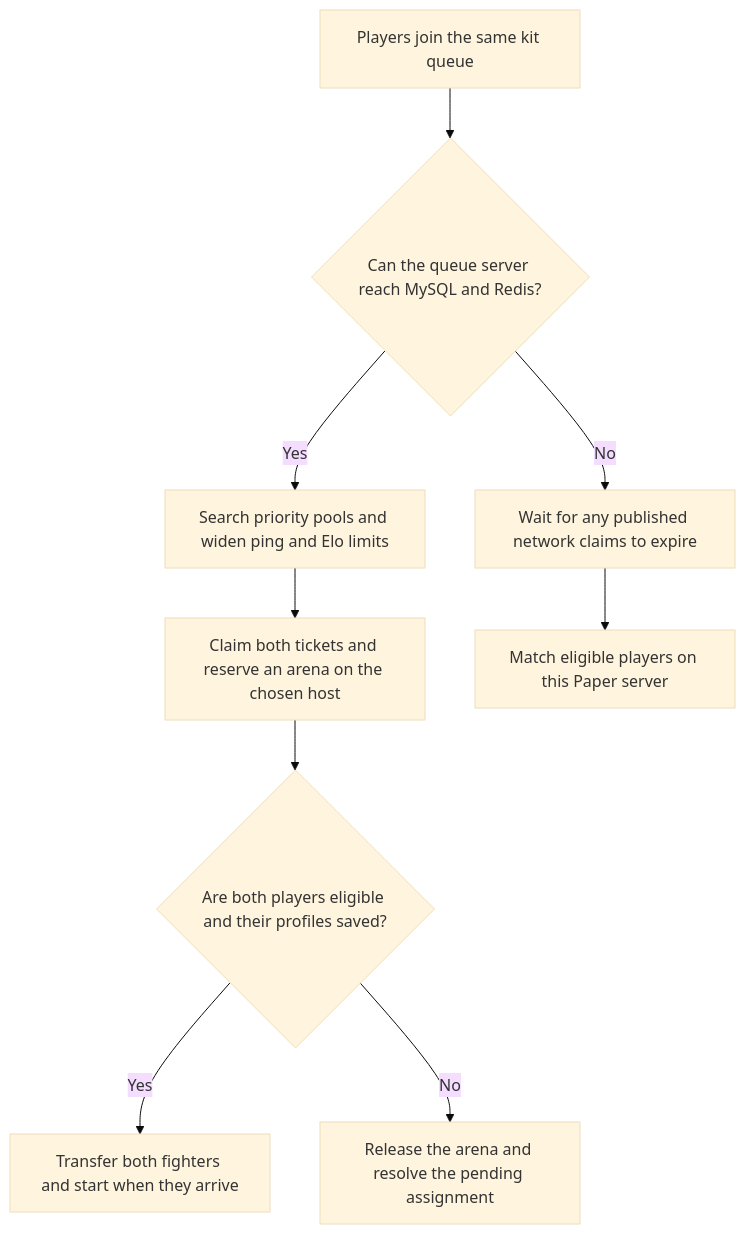
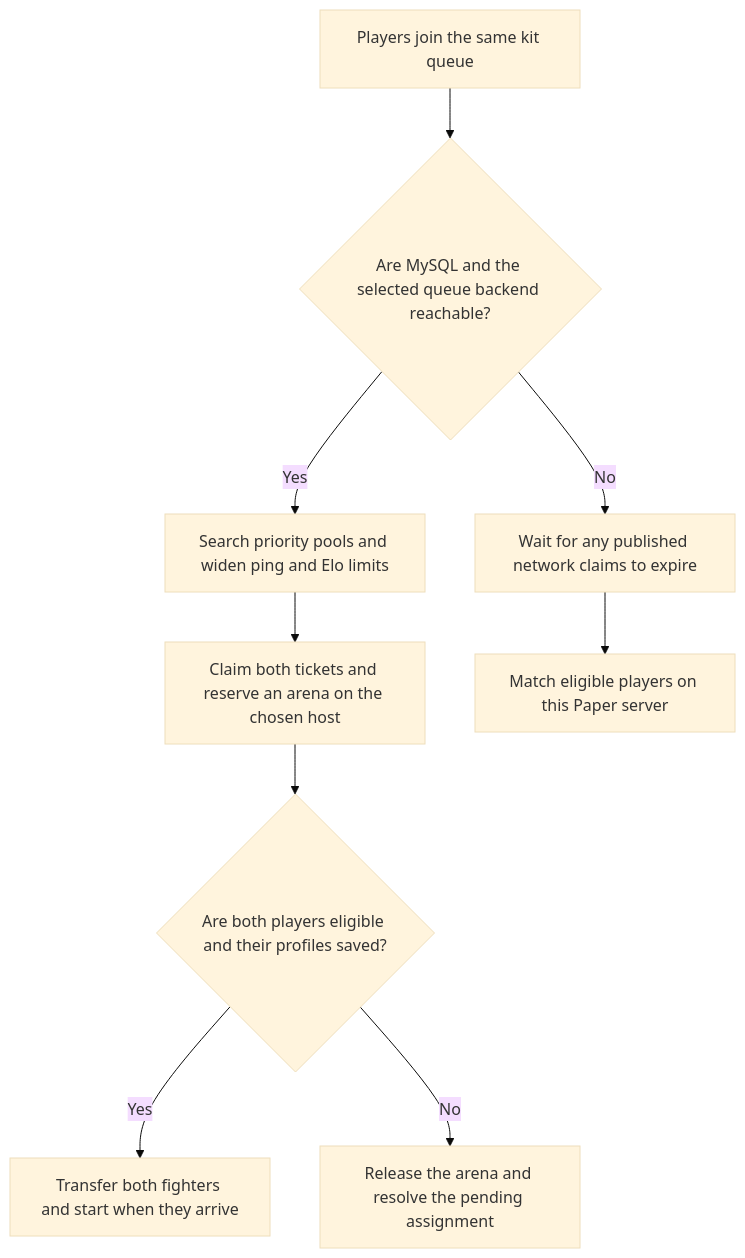
One commit to BZ110/Vise-Core changed the first of 5 diagrams in README.md. Above: the diagram before and after it, drawn with Mermaid (base theme). The commit also changed other lines of this file and 24 other files, not shown here.

````diff
--- a/README.md
+++ b/README.md
@@ -233,11 +234,11 @@
 ```mermaid
 flowchart TD
-    Queue["Players join the same kit queue"] --> Store{"Can the queue server reach MySQL and Redis?"}
+    Queue["Players join the same kit queue"] --> Store{"Are MySQL and the selected queue backend reachable?"}
     Store -->|Yes| Regions["Search priority pools and widen ping and Elo limits"]
     Regions --> Host["Claim both tickets and reserve an arena on the chosen host"]
     Host --> Save{"Are both players eligible and their profiles saved?"}
     Save -->|Yes| Transfer["Transfer both fighters and start when they arrive"]
     Save -->|No| Retry["Release the arena and resolve the pending assignment"]
     Store -->|No| Fence["Wait for any published network claims to expire"]
     Fence --> Local["Match eligible players on this Paper server"]
 ```
````
